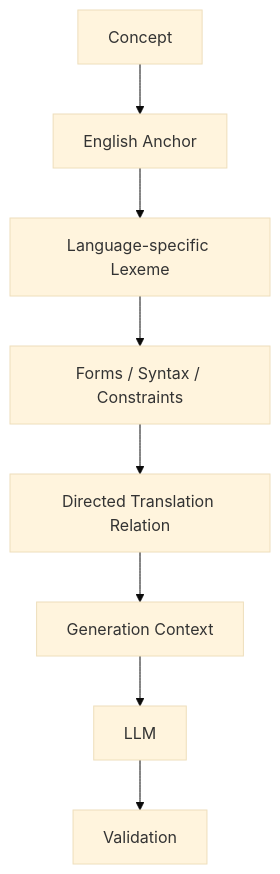
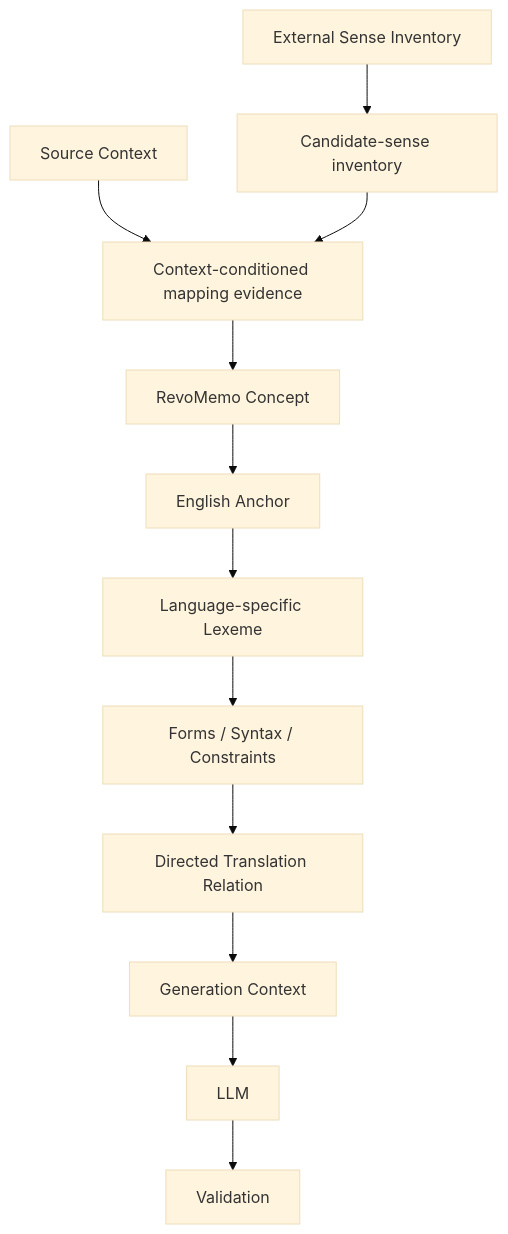
The diagram in README.md (Bart-Code-Dev/revomemo-lexical-research), drawn with Mermaid (base theme) before and after one commit. The commit also changed other lines of this file and 10 other files, not shown here.

````diff
--- a/README.md
+++ b/README.md
@@ -19,10 +19,14 @@
 ```mermaid
 flowchart TD
-    C[Concept] --> A[English Anchor]
+    E[External Sense Inventory] --> S[Candidate-sense inventory]
+    X[Source Context] --> M[Context-conditioned mapping evidence]
+    S --> M
+    M --> C[RevoMemo Concept]
+    C --> A[English Anchor]
     A --> L[Language-specific Lexeme]
     L --> F[Forms / Syntax / Constraints]
     F --> R[Directed Translation Relation]
     R --> G[Generation Context]
-    G --> M[LLM]
-    M --> V[Validation]
+    G --> LLM[LLM]
+    LLM --> V[Validation]
 ```
````
